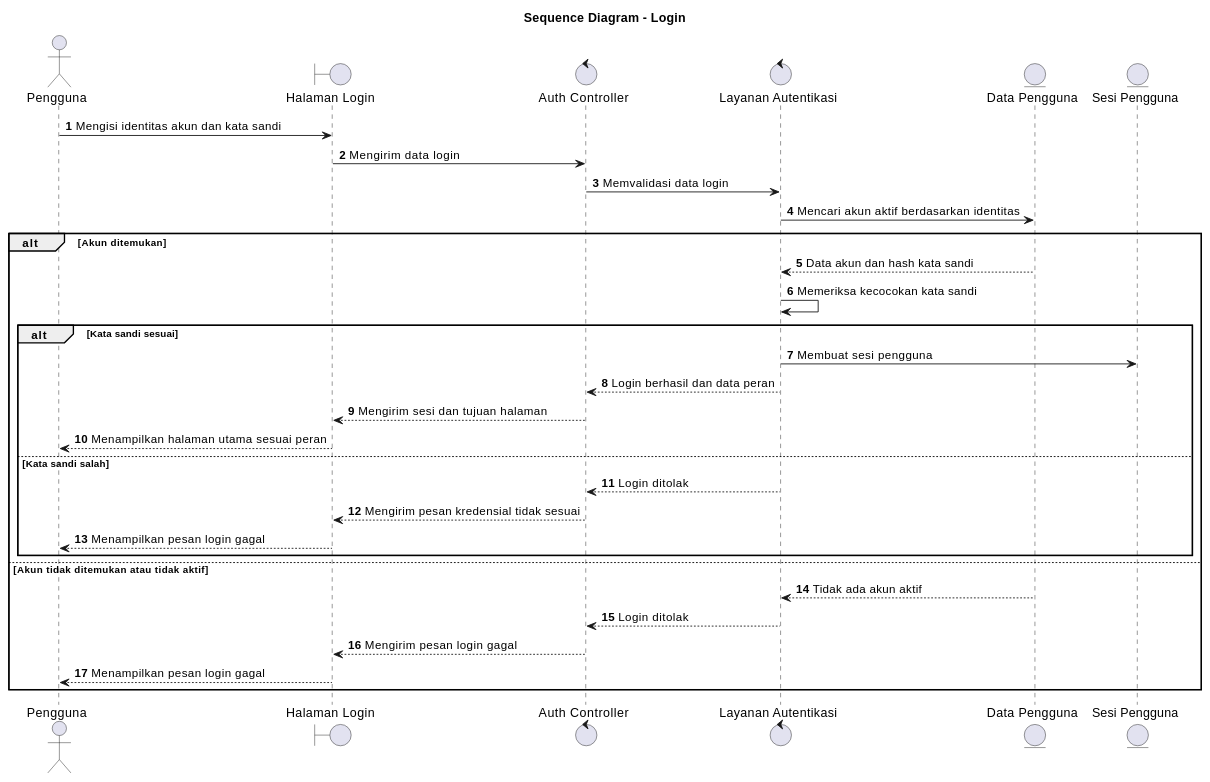
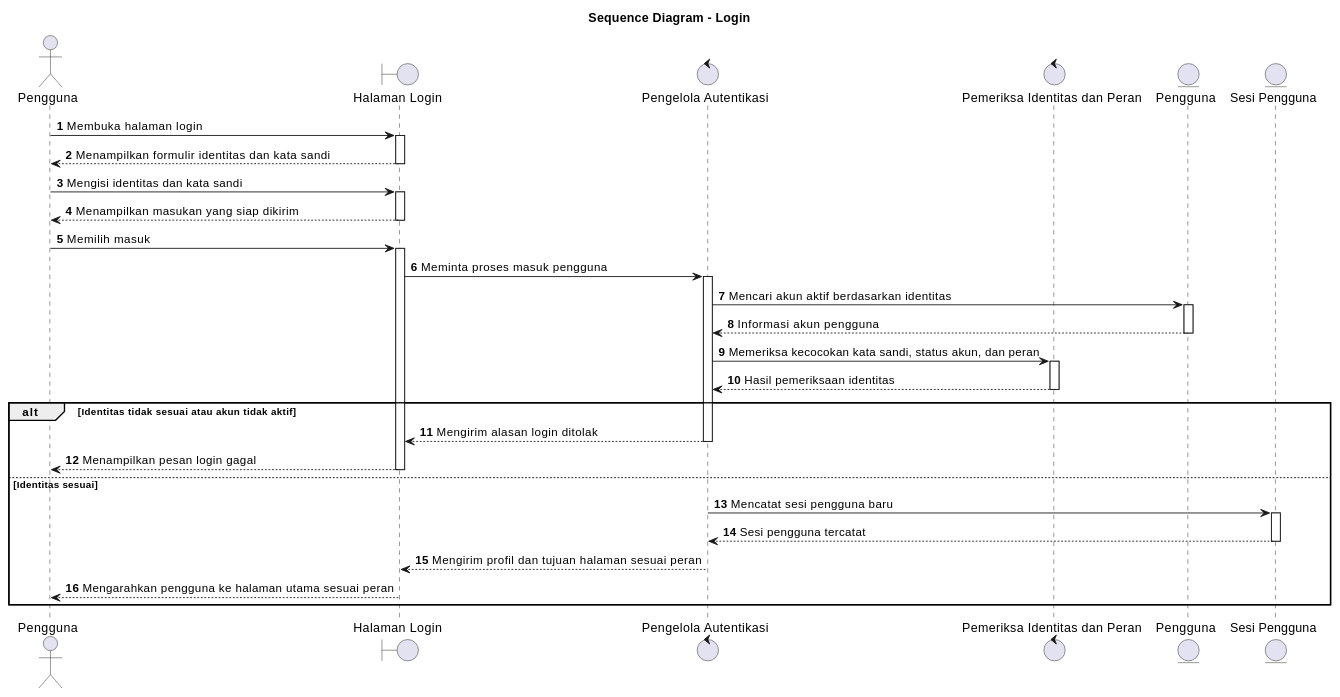
One commit to howlil/sop-generate-app changed the diagram in docs/sequence/lampiran/seluruh-pengguna-login.md. Above: the diagram before and after it, drawn with PlantUML. The commit also changed other lines of this file and 90 other files, not shown here.

````diff
--- a/docs/sequence/lampiran/seluruh-pengguna-login.md
+++ b/docs/sequence/lampiran/seluruh-pengguna-login.md
@@ -16,39 +16,35 @@
 ```plantuml
 @startuml
 title Sequence Diagram - Login
 autonumber
+autoactivate on
 
-actor "Pengguna" as Aktor
-boundary "Halaman Login" as UI
-control "Auth Controller" as AuthCtrl
-control "Layanan Autentikasi" as AuthService
-entity "Data Pengguna" as Pengguna
+actor "Pengguna" as A
+boundary "Halaman Login" as B
+control "Pengelola Autentikasi" as C
+control "Pemeriksa Identitas dan Peran" as D
+entity "Pengguna" as Pengguna
 entity "Sesi Pengguna" as Sesi
 
-Aktor -> UI : Mengisi identitas akun dan kata sandi
-UI -> AuthCtrl : Mengirim data login
-AuthCtrl -> AuthService : Memvalidasi data login
-AuthService -> Pengguna : Mencari akun aktif berdasarkan identitas
-
-alt Akun ditemukan
-  Pengguna --> AuthService : Data akun dan hash kata sandi
-  AuthService -> AuthService : Memeriksa kecocokan kata sandi
-  alt Kata sandi sesuai
-    AuthService -> Sesi : Membuat sesi pengguna
-    AuthService --> AuthCtrl : Login berhasil dan data peran
-    AuthCtrl --> UI : Mengirim sesi dan tujuan halaman
-    UI --> Aktor : Menampilkan halaman utama sesuai peran
-  else Kata sandi salah
-    AuthService --> AuthCtrl : Login ditolak
-    AuthCtrl --> UI : Mengirim pesan kredensial tidak sesuai
-    UI --> Aktor : Menampilkan pesan login gagal
-  end
-else Akun tidak ditemukan atau tidak aktif
-  Pengguna --> AuthService : Tidak ada akun aktif
-  AuthService --> AuthCtrl : Login ditolak
-  AuthCtrl --> UI : Mengirim pesan login gagal
-  UI --> Aktor : Menampilkan pesan login gagal
+A -> B : Membuka halaman login
+B --> A : Menampilkan formulir identitas dan kata sandi
+A -> B : Mengisi identitas dan kata sandi
+B --> A : Menampilkan masukan yang siap dikirim
+A -> B : Memilih masuk
+B -> C : Meminta proses masuk pengguna
+C -> Pengguna : Mencari akun aktif berdasarkan identitas
+Pengguna --> C : Informasi akun pengguna
+C -> D : Memeriksa kecocokan kata sandi, status akun, dan peran
+D --> C : Hasil pemeriksaan identitas
+alt Identitas tidak sesuai atau akun tidak aktif
+  C --> B : Mengirim alasan login ditolak
+  B --> A : Menampilkan pesan login gagal
+else Identitas sesuai
+  C -> Sesi : Mencatat sesi pengguna baru
+  Sesi --> C : Sesi pengguna tercatat
+  C --> B : Mengirim profil dan tujuan halaman sesuai peran
+  B --> A : Mengarahkan pengguna ke halaman utama sesuai peran
 end
 
 @enduml
 ```
````
